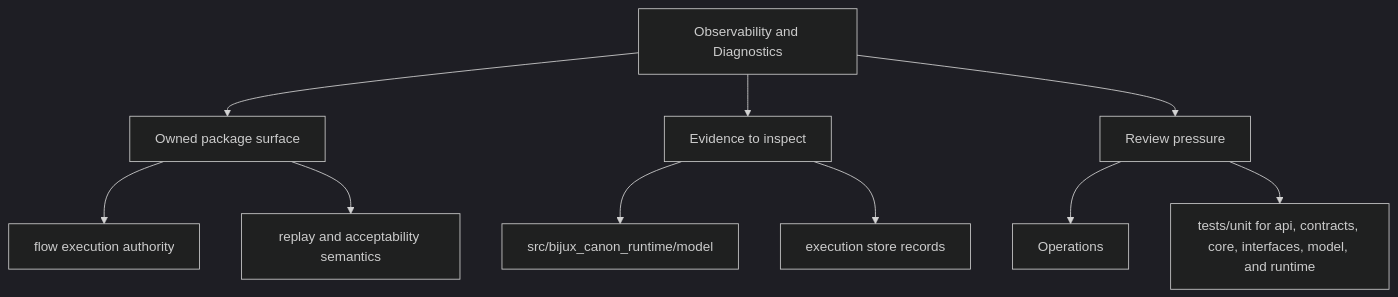
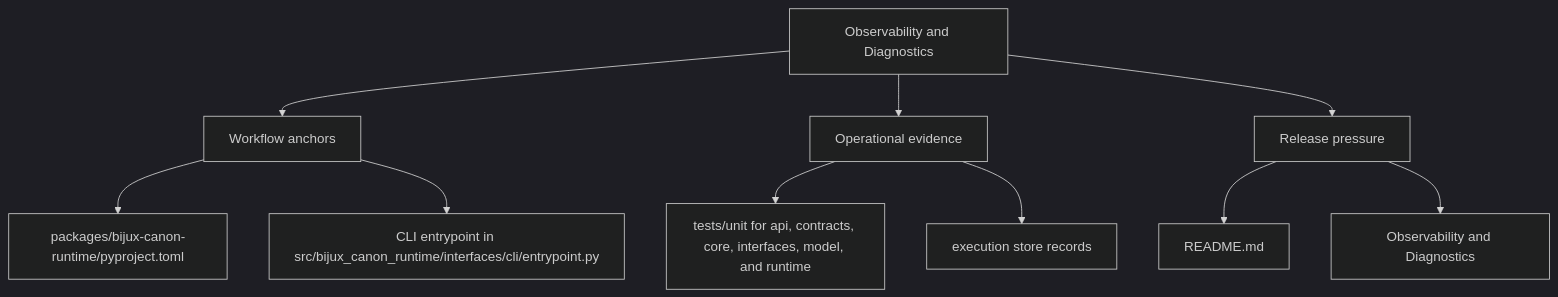
Before and after one commit to bijux/bijux-canon: the second of 2 diagrams in docs/bijux-canon-runtime/operations/observability-and-diagnostics.md, drawn with Mermaid (dark theme). The commit also changed other lines of this file and 250 other files, not shown here.

Commit message:
docs(diagrams): make product page maps more readable

````diff
--- a/docs/bijux-canon-runtime/operations/observability-and-diagnostics.md
+++ b/docs/bijux-canon-runtime/operations/observability-and-diagnostics.md
@@ -33,22 +33,22 @@
 ```mermaid
 flowchart TD
     page["Observability and Diagnostics"]
-    focus1["Owned package surface"]
+    focus1["Workflow anchors"]
     page --> focus1
-    focus1_1["flow execution authority"]
+    focus1_1["packages/bijux-canon-runtime/pyproject.toml"]
     focus1 --> focus1_1
-    focus1_2["replay and acceptability semantics"]
+    focus1_2["CLI entrypoint in src/bijux_canon_runtime/interfaces/cli/entrypoint.py"]
     focus1 --> focus1_2
-    focus2["Evidence to inspect"]
+    focus2["Operational evidence"]
     page --> focus2
-    focus2_1["src/bijux_canon_runtime/model"]
+    focus2_1["tests/unit for api, contracts, core, interfaces, model, and runtime"]
     focus2 --> focus2_1
     focus2_2["execution store records"]
     focus2 --> focus2_2
-    focus3["Review pressure"]
+    focus3["Release pressure"]
     page --> focus3
-    focus3_1["Operations"]
+    focus3_1["README.md"]
     focus3 --> focus3_1
-    focus3_2["tests/unit for api, contracts, core, interfaces, model, and runtime"]
+    focus3_2["Observability and Diagnostics"]
     focus3 --> focus3_2
 ```
````
